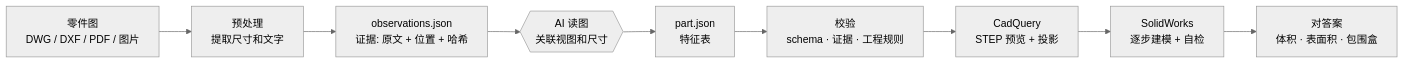
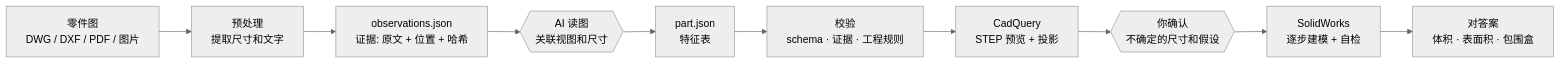
One commit to jasonXiao422/drawing2sw changed the diagram in README.md. Above: the diagram before and after it, drawn with Mermaid (neutral theme). The commit also changed other lines of this file and 5 other files, not shown here.

````diff
--- a/README.md
+++ b/README.md
@@ -63,11 +64,12 @@
 ```mermaid
 flowchart LR
     A[零件图<br>DWG / DXF / PDF / 图片] --> B[预处理<br>提取尺寸和文字]
     B --> C[observations.json<br>证据: 原文 + 位置 + 哈希]
     C --> D{{AI 读图<br>关联视图和尺寸}}
     D --> E[part.json<br>特征表]
     E --> F[校验<br>schema · 证据 · 工程规则]
     F --> G[CadQuery<br>STEP 预览 + 投影]
-    G --> H[SolidWorks<br>逐步建模 + 自检]
+    G --> Q{{你确认<br>不确定的尺寸和假设}}
+    Q --> H[SolidWorks<br>逐步建模 + 自检]
     H --> I[对答案<br>体积 · 表面积 · 包围盒]
 ```
````
